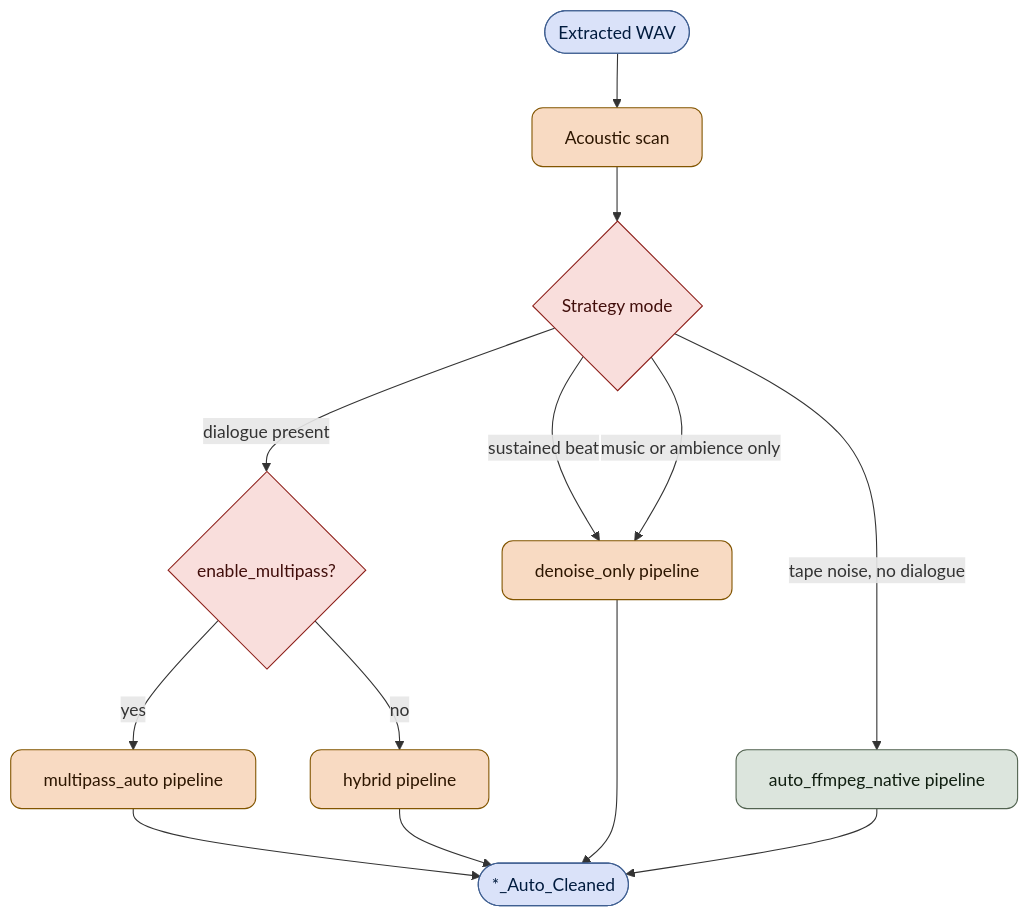
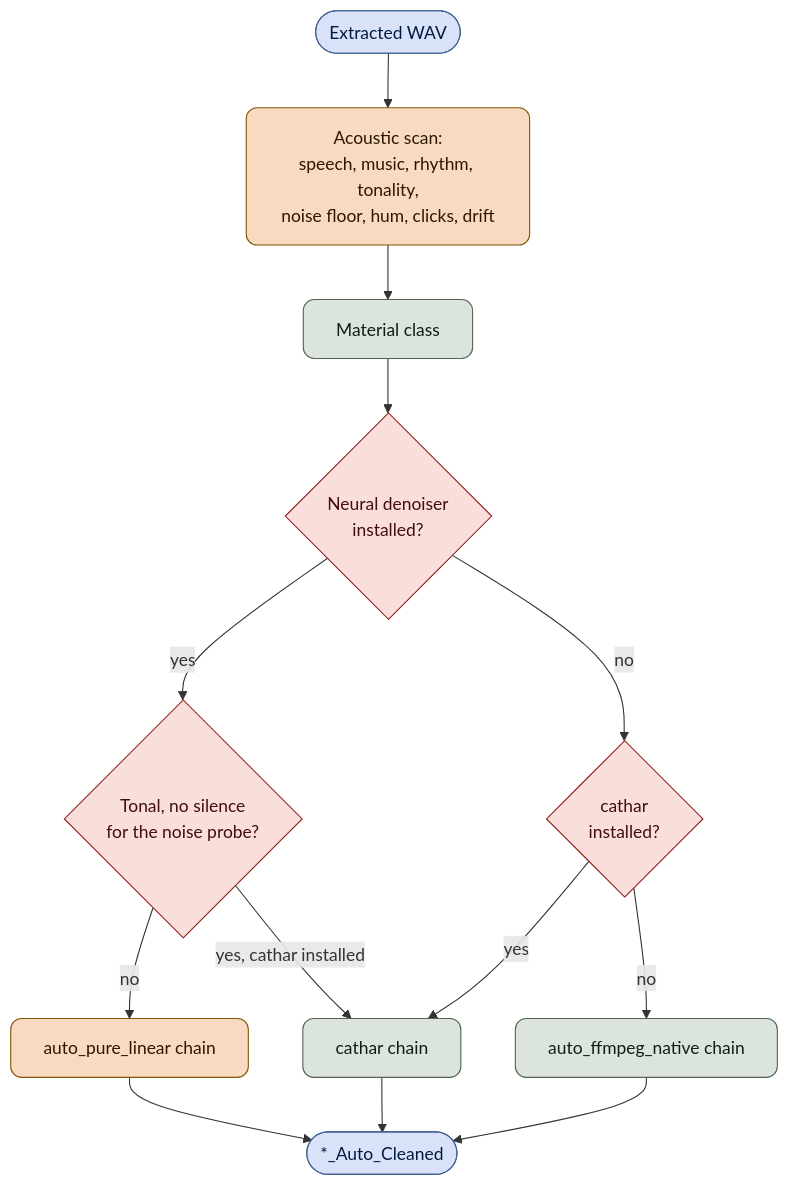
The seventh of 13 diagrams in docs/architecture.md (ventura8/AI-Hybrid-VHS-Audio-Restorer), drawn with Mermaid before and after one commit. The commit also changed other lines of this file and 18 other files, not shown here.

````diff
--- a/docs/architecture.md
+++ b/docs/architecture.md
@@ -288,20 +290,20 @@
 ```mermaid
 flowchart TD
     classDef step fill:#DCE5DD,stroke:#526350,color:#101E10,rx:10,ry:10;
     classDef ai fill:#F8DAC2,stroke:#825500,color:#2D1600,rx:10,ry:10;
     classDef gate fill:#F9DEDC,stroke:#8C1D18,color:#410E0B,rx:6,ry:6;
     classDef io fill:#DAE2F9,stroke:#3F5F91,color:#001B3E,rx:30,ry:30;
 
-    A(["Extracted WAV"]):::io --> SC["Acoustic scan"]:::ai
-    SC --> ST{"Strategy mode"}:::gate
-    ST -->|"dialogue present"| H{"enable_multipass?"}:::gate
-    H -->|yes| MP["multipass_auto pipeline"]:::ai
-    H -->|no| HY["hybrid pipeline"]:::ai
-    ST -->|"sustained beat"| DO["denoise_only pipeline"]:::ai
-    ST -->|"music or ambience only"| DO
-    ST -->|"tape noise, no dialogue"| FN["auto_ffmpeg_native pipeline"]:::step
-    MP --> OUT(["*_Auto_Cleaned"]):::io
-    HY --> OUT
-    DO --> OUT
+    A(["Extracted WAV"]):::io --> SC["Acoustic scan:<br/>speech, music, rhythm, tonality,<br/>noise floor, hum, clicks, drift"]:::ai
+    SC --> MAT["Material class"]:::step
+    MAT --> NE{"Neural denoiser<br/>installed?"}:::gate
+    NE -->|yes| TB{"Tonal, no silence<br/>for the noise probe?"}:::gate
+    TB -->|no| APL["auto_pure_linear chain"]:::ai
+    TB -->|"yes, cathar installed"| CT["cathar chain"]:::step
+    NE -->|no| CA{"cathar<br/>installed?"}:::gate
+    CA -->|yes| CT
+    CA -->|no| FN["auto_ffmpeg_native chain"]:::step
+    APL --> OUT(["*_Auto_Cleaned"]):::io
+    CT --> OUT
     FN --> OUT
 ```
````
